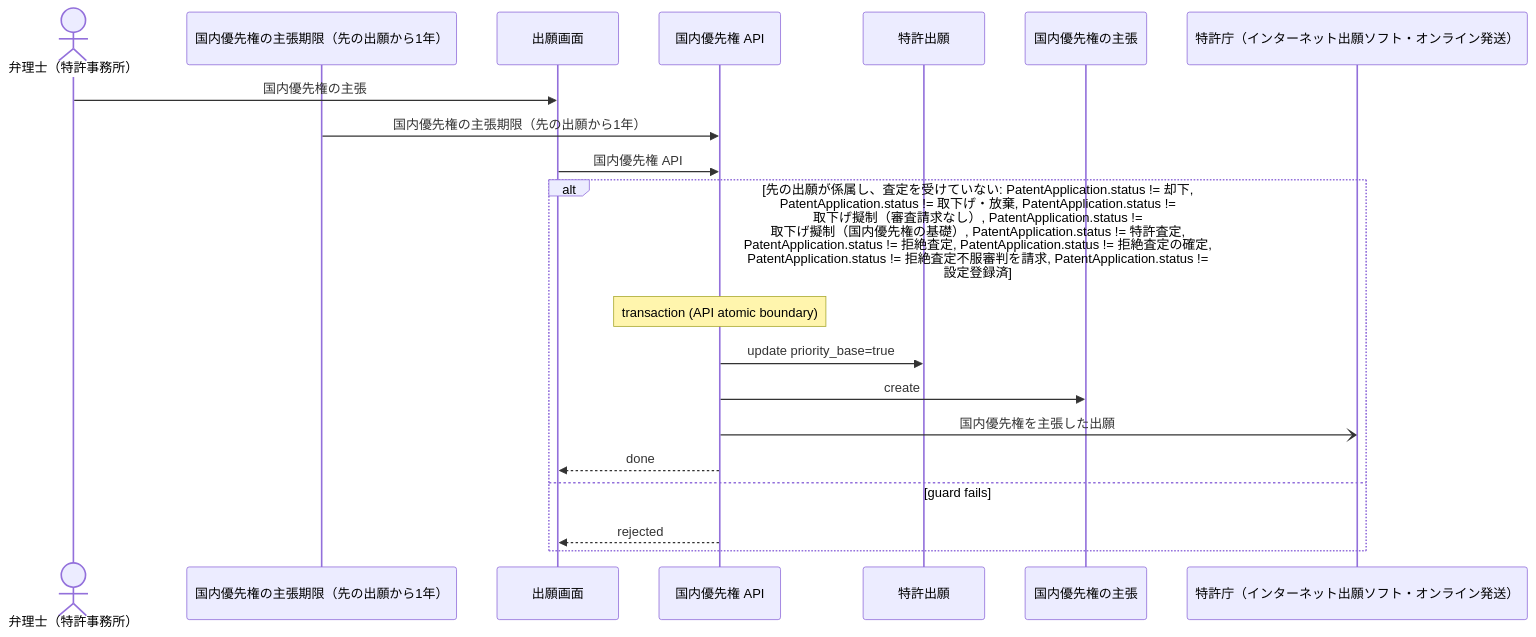
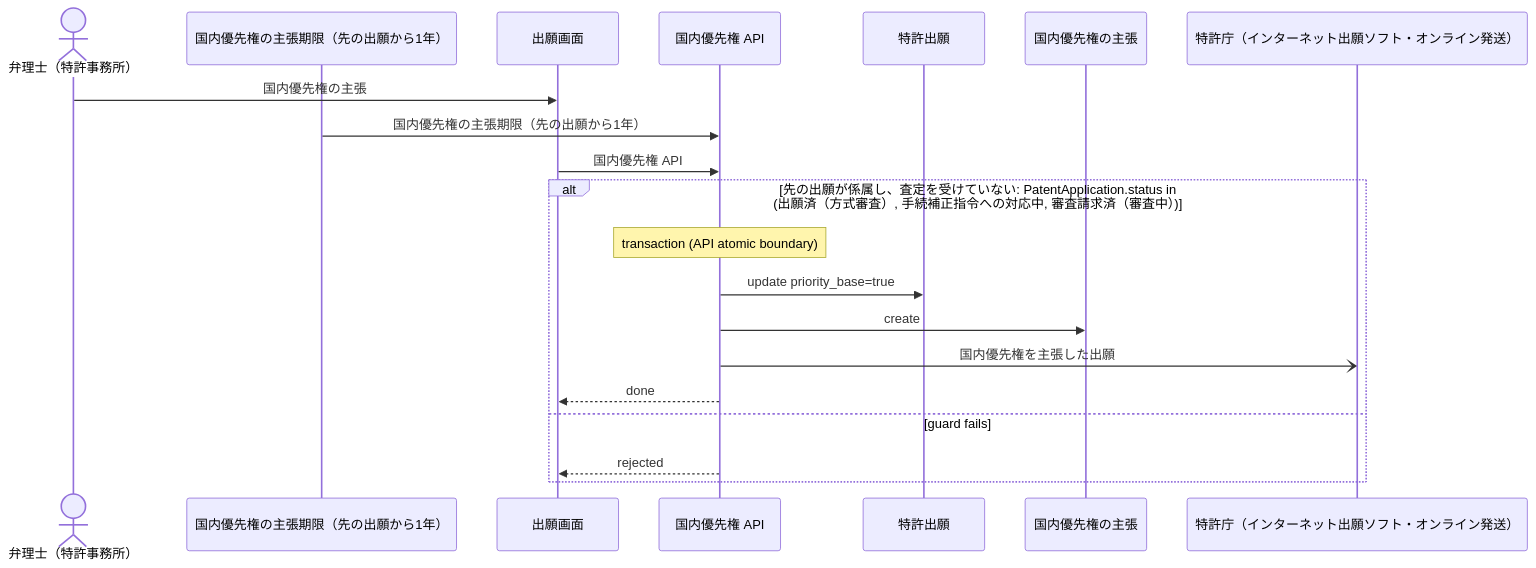
One commit to manji-0/rdra-ish-dsl changed the diagram in samples/patent-ops/out/uc/sequence_ClaimDomesticPriority.mmd. Above: the diagram before and after it, drawn with Mermaid. The commit also changed 15 other files, not shown here.

```diff
--- a/samples/patent-ops/out/uc/sequence_ClaimDomesticPriority.mmd
+++ b/samples/patent-ops/out/uc/sequence_ClaimDomesticPriority.mmd
@@ -1,23 +1,23 @@
 %% rdra-ish diagram=sequence scope=usecase:ClaimDomesticPriority model=samples/patent-ops
 %% kinds: actor timer screen api entity extsystem
 %% omitted: buc step medium permission event condition
 sequenceDiagram
   actor actor__PatentAttorney as 弁理士（特許事務所）
   participant timer__PriorityClaimDeadline as 国内優先権の主張期限（先の出願から1年）
   participant screen__FilingScreen as 出願画面
   participant api__PriorityClaimApi as 国内優先権 API
   participant entity__PatentApplication as 特許出願
   participant entity__PriorityClaim as 国内優先権の主張
   participant extsystem__Jpo as 特許庁（インターネット出願ソフト・オンライン発送）
   actor__PatentAttorney ->> screen__FilingScreen: 国内優先権の主張
   timer__PriorityClaimDeadline ->> api__PriorityClaimApi: 国内優先権の主張期限（先の出願から1年）
   screen__FilingScreen ->> api__PriorityClaimApi: 国内優先権 API
-  alt 先の出願が係属し、査定を受けていない: PatentApplication.status != 却下, PatentApplication.status != 取下げ・放棄, PatentApplication.status != 取下げ擬制（審査請求なし）, PatentApplication.status != 取下げ擬制（国内優先権の基礎）, PatentApplication.status != 特許査定, PatentApplication.status != 拒絶査定, PatentApplication.status != 拒絶査定の確定, PatentApplication.status != 拒絶査定不服審判を請求, PatentApplication.status != 設定登録済
+  alt 先の出願が係属し、査定を受けていない: PatentApplication.status in (出願済（方式審査）, 手続補正指令への対応中, 審査請求済（審査中）)
     Note over api__PriorityClaimApi: transaction (API atomic boundary)
     api__PriorityClaimApi ->> entity__PatentApplication: update priority_base=true
     api__PriorityClaimApi ->> entity__PriorityClaim: create
     api__PriorityClaimApi -) extsystem__Jpo: 国内優先権を主張した出願
     api__PriorityClaimApi -->> screen__FilingScreen: done
   else guard fails
     api__PriorityClaimApi -->> screen__FilingScreen: rejected
   end
```
